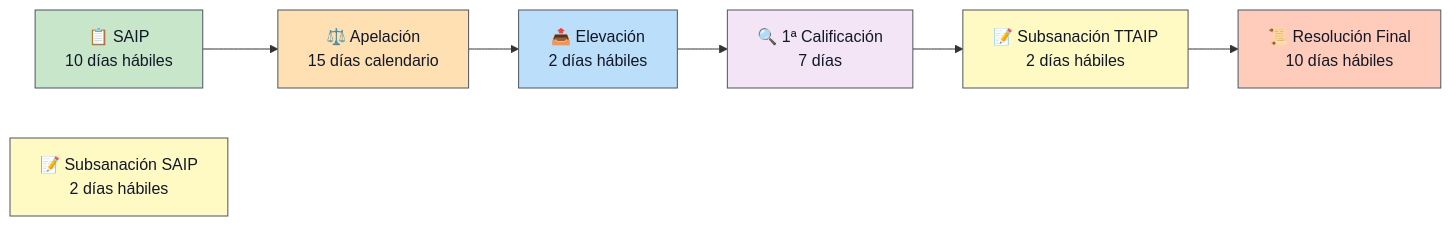
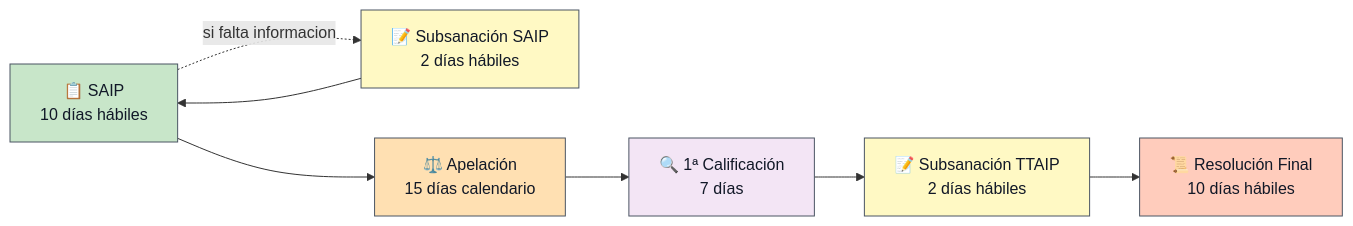
The diagram in docs/src/content/docs/dominio/glosario.mdx (transparenciapublicadev/plataforma-saip-apelaciones), drawn with Mermaid before and after one commit. The commit also changed other lines of this file and 20 other files, not shown here.

First line of the commit message:
📝 docs: update project domain rules, system architecture and REST API docs

````diff
--- a/docs/src/content/docs/dominio/glosario.mdx
+++ b/docs/src/content/docs/dominio/glosario.mdx
@@ -92,24 +92,23 @@
 ```mermaid
 graph LR
     P1["📋 SAIP<br/>10 días hábiles"]
     P2["📝 Subsanación SAIP<br/>2 días hábiles"]
     P3["⚖️ Apelación<br/>15 días calendario"]
-    P4["📤 Elevación<br/>2 días hábiles"]
     P5["🔍 1ª Calificación<br/>7 días"]
     P6["📝 Subsanación TTAIP<br/>2 días hábiles"]
     P7["📜 Resolución Final<br/>10 días hábiles"]
     
+    P1 -. "si falta informacion" .-> P2
+    P2 --> P1
     P1 --> P3
-    P3 --> P4
-    P4 --> P5
+    P3 --> P5
     P5 --> P6
     P6 --> P7
     
     style P1 fill:#c8e6c9,color:#111827,stroke:#4b5563,stroke-width:1px
     style P2 fill:#fff9c4,color:#111827,stroke:#4b5563,stroke-width:1px
     style P3 fill:#ffe0b2,color:#111827,stroke:#4b5563,stroke-width:1px
-    style P4 fill:#bbdefb,color:#111827,stroke:#4b5563,stroke-width:1px
     style P5 fill:#f3e5f5,color:#111827,stroke:#4b5563,stroke-width:1px
     style P6 fill:#fff9c4,color:#111827,stroke:#4b5563,stroke-width:1px
     style P7 fill:#ffccbc,color:#111827,stroke:#4b5563,stroke-width:1px
 ```
````
